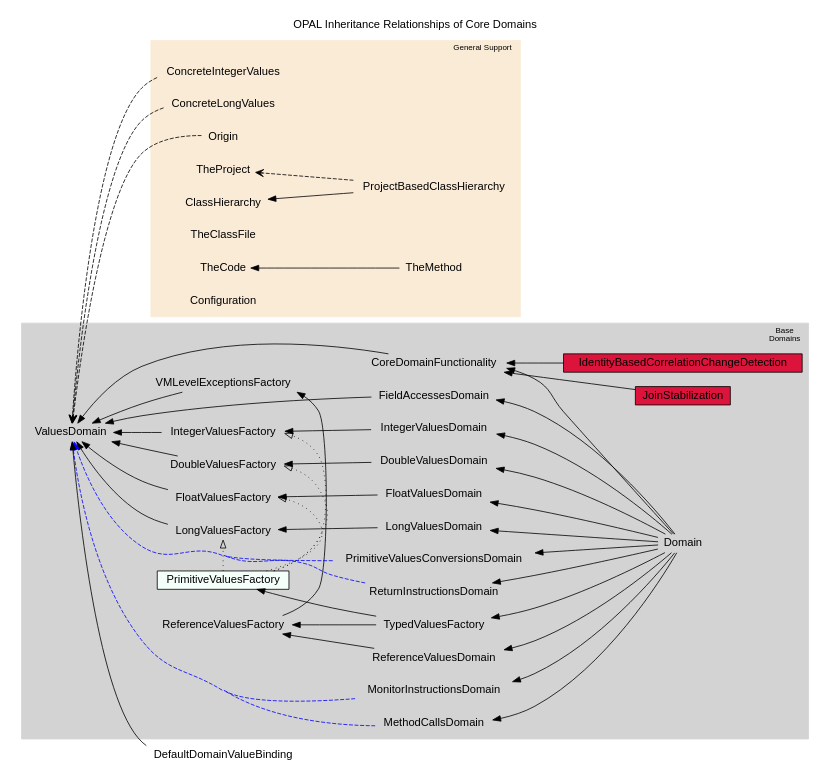
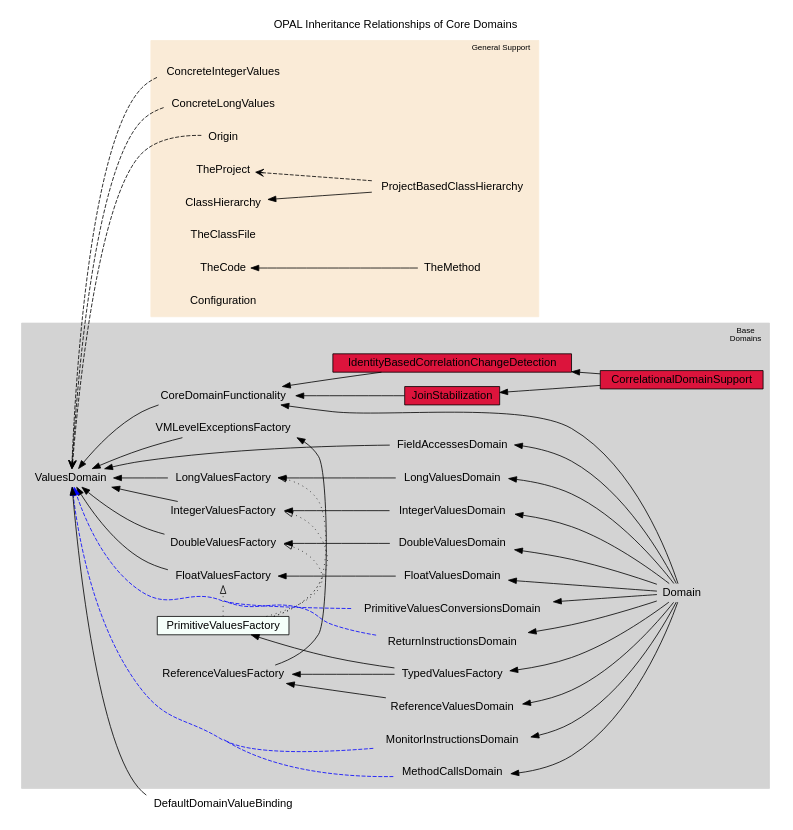
The diagram in OPAL/ai/src/main/scala/org/opalj/ai/OPAL-Domains.dot (opalj/opal), drawn with Graphviz before and after one commit. The commit also changed 1 other file, not shown here.

Commit message:
added information about "CorrelationalDomainSupport"

```diff
--- a/OPAL/ai/src/main/scala/org/opalj/ai/OPAL-Domains.dot
+++ b/OPAL/ai/src/main/scala/org/opalj/ai/OPAL-Domains.dot
@@ -1,121 +1,126 @@
 digraph OPALDomains {
 	compound=true;
 	concentrate=true;
 	fontname=Helvetica;
 	dpi=50;
 	node [fontname=Helvetica,shape=plaintext,margin="0.05,0.05",height=0];
 	edge [fontname=Helvetica];
 
 	rankdir = RL;
 
 	subgraph cluster_base_domains {
 		style=filled;
     color=lightgrey;
 		fontsize=10;
 
 		//{rank=sink; CoreDomain;}
 		//{rank=source; Domain;}
 		IntegerValuesDomain -> IntegerValuesFactory -> ValuesDomain;
 		LongValuesDomain -> LongValuesFactory -> ValuesDomain;
 		FloatValuesDomain -> FloatValuesFactory -> ValuesDomain;
 		DoubleValuesDomain -> DoubleValuesFactory -> ValuesDomain;
 		ReferenceValuesDomain -> ReferenceValuesFactory -> VMLevelExceptionsFactory -> ValuesDomain;
 
 		PrimitiveValuesFactory -> IntegerValuesFactory [style=dotted,arrowhead=onormal];
 		PrimitiveValuesFactory -> LongValuesFactory [style=dotted,arrowhead=onormal];
 		PrimitiveValuesFactory -> FloatValuesFactory [style=dotted,arrowhead=onormal];
 		PrimitiveValuesFactory -> DoubleValuesFactory [style=dotted,arrowhead=onormal];
 		PrimitiveValuesFactory [style=filled,fillcolor=mintcream,shape=rectangle];
 
 		JoinStabilization -> CoreDomainFunctionality;
 		JoinStabilization [style=filled,fillcolor=crimson,shape=rectangle];
 
 		IdentityBasedCorrelationChangeDetection -> CoreDomainFunctionality;
 		IdentityBasedCorrelationChangeDetection [style=filled,fillcolor=crimson,shape=rectangle];
+
+
+		CorrelationalDomainSupport -> IdentityBasedCorrelationChangeDetection;
+		CorrelationalDomainSupport -> JoinStabilization;
+		CorrelationalDomainSupport [style=filled,fillcolor=crimson,shape=rectangle];
 
 		Domain -> IntegerValuesDomain;
 		Domain -> LongValuesDomain;
 		Domain -> FloatValuesDomain;
 		Domain -> DoubleValuesDomain;
 		Domain -> ReferenceValuesDomain;
 		Domain -> FieldAccessesDomain -> ValuesDomain;
 		Domain -> MethodCallsDomain;
 		MethodCallsDomain -> ValuesDomain [style=dashed,color=blue];
 		Domain -> MonitorInstructionsDomain;
 		MonitorInstructionsDomain -> ValuesDomain [style=dashed,color=blue];
 		Domain -> ReturnInstructionsDomain;
 		ReturnInstructionsDomain -> ValuesDomain [style=dashed,color=blue];
 		Domain -> PrimitiveValuesConversionsDomain;
 		PrimitiveValuesConversionsDomain -> ValuesDomain [style=dashed,color=blue];
 		Domain -> TypedValuesFactory -> { PrimitiveValuesFactory; ReferenceValuesFactory;};
 		Domain -> CoreDomainFunctionality -> ValuesDomain;
 
 		{rank=same;
 			MethodCallsDomain;
 			FieldAccessesDomain;
 			MonitorInstructionsDomain;
 			ReturnInstructionsDomain;
 			PrimitiveValuesConversionsDomain;
 			ReferenceValuesDomain;
 			IntegerValuesDomain;
 			LongValuesDomain;
 			FloatValuesDomain;
 			DoubleValuesDomain;
 		}
 		{rank=same;
 			ReferenceValuesFactory;
 			VMLevelExceptionsFactory;
 			PrimitiveValuesFactory;
 			IntegerValuesFactory;
 			LongValuesFactory;
 			FloatValuesFactory;
 			DoubleValuesFactory;
 		}
 	  {rank=same;
 			IdentityBasedCorrelationChangeDetection;
 			JoinStabilization;
 		}
 
 		label="Base\nDomains";
 		labeljust=l;
 	}
 
 	subgraph cluster_helper_domains {
 		style=filled;
 		color=antiquewhite;
 		fontsize=10;
 
 		ConcreteIntegerValues -> ValuesDomain [style=dashed,arrowhead=vee];
 		ConcreteLongValues -> ValuesDomain [style=dashed,arrowhead=vee];
 		Origin -> ValuesDomain [style=dashed,arrowhead=vee];
 		ProjectBasedClassHierarchy -> ClassHierarchy;
 		ProjectBasedClassHierarchy -> TheProject [style=dashed,arrowhead=vee];
 		TheProject;
 		TheClassFile;
 		TheMethod -> TheCode ;
 		Configuration;
 
 	{rank=same;
 		TheCode;
 		TheClassFile;
 		Origin;
 		ClassHierarchy;
 		TheProject;
 		ConcreteIntegerValues;
 		ConcreteLongValues;
 		Configuration;
 	}
 
 		label="General Support";
 		labeljust=l;
 	}
 
 	subgraph l0_domains {
 
 	}
 
 	DefaultDomainValueBinding -> ValuesDomain;
 
 	label = "OPAL Inheritance Relationships of Core Domains";
 	labelloc = "t";
  }
```
